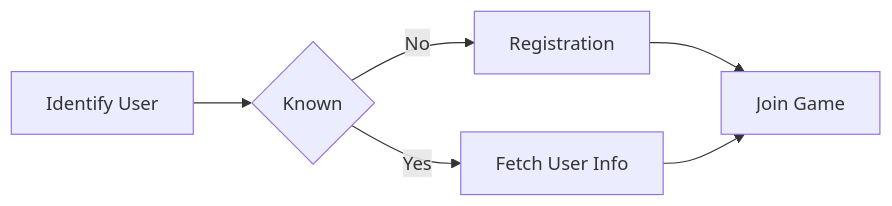
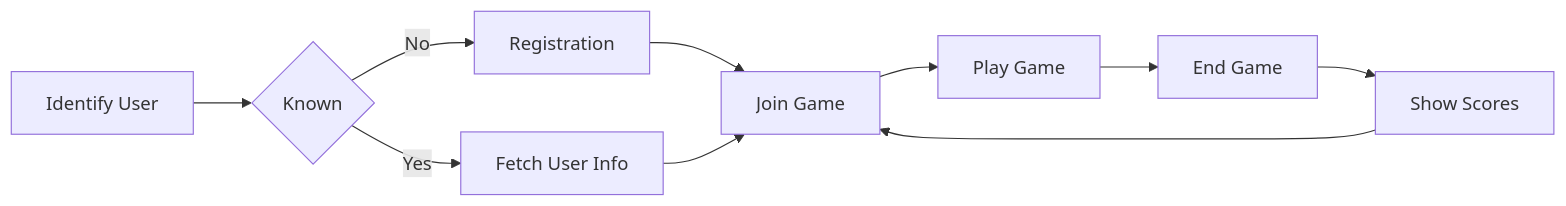
The diagram in README.md (nikneem/whack-a-mole), drawn with Mermaid before and after one commit.

Commit message:
Updating mermaid

````diff
--- a/README.md
+++ b/README.md
@@ -3,8 +3,12 @@
 ```mermaid
 flowchart LR
     A[Identify User] --> B{Known};
     B -- No --> C[Registration]
     B -- Yes --> D[Fetch User Info]
     C --> E[Join Game]
     D --> E
+    E --> F[Play Game]
+    F --> G[End Game]
+    G --> H[Show Scores]
+    H --> E
 ```
````
